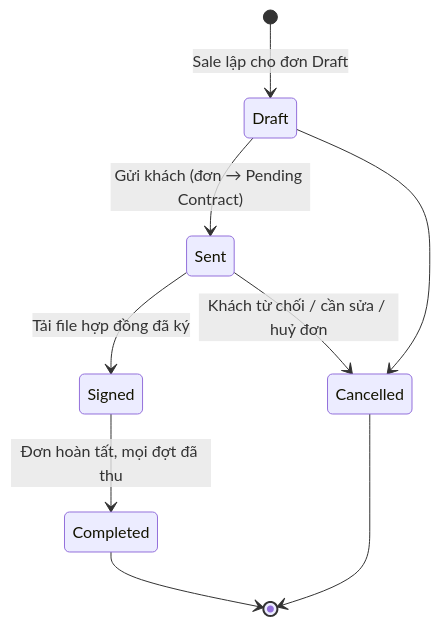
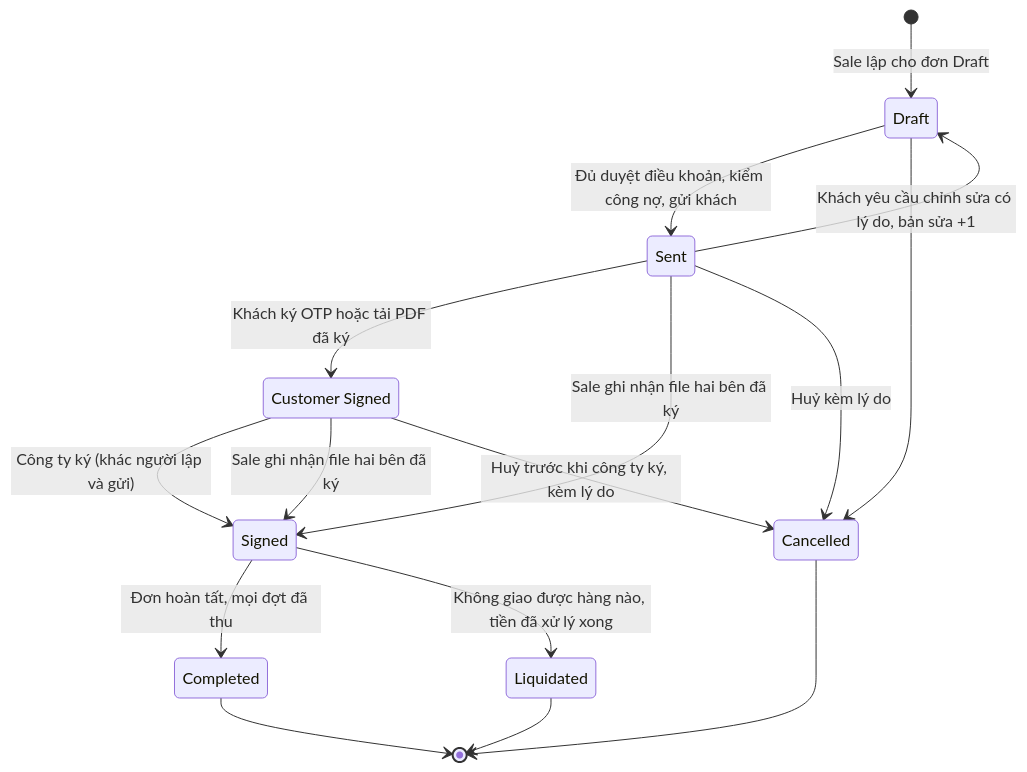
One commit to KLTN-FA26/docs changed diagram 14 of 18 in docs/diagrams/README.md. Above: the diagram before and after it, drawn with Mermaid. The commit also changed other lines of this file and 7 other files, not shown here.

First line of the commit message:
docs: hợp đồng ký điện tử trên hệ thống - khách ký OTP, công ty ký số, thương lượng và duyệt điều khoản

````diff
--- a/docs/diagrams/README.md
+++ b/docs/diagrams/README.md
@@ -673,11 +689,19 @@
 ```mermaid
 stateDiagram-v2
+    state "Customer Signed" as CustomerSigned
     [*] --> Draft: Sale lập cho đơn Draft
-    Draft --> Sent: Gửi khách (đơn → Pending Contract)
-    Sent --> Signed: Tải file hợp đồng đã ký
+    Draft --> Sent: Đủ duyệt điều khoản, kiểm công nợ, gửi khách
+    Sent --> Draft: Khách yêu cầu chỉnh sửa có lý do, bản sửa +1
+    Sent --> CustomerSigned: Khách ký OTP hoặc tải PDF đã ký
+    CustomerSigned --> Signed: Công ty ký (khác người lập và gửi)
+    Sent --> Signed: Sale ghi nhận file hai bên đã ký
+    CustomerSigned --> Signed: Sale ghi nhận file hai bên đã ký
     Signed --> Completed: Đơn hoàn tất, mọi đợt đã thu
+    Signed --> Liquidated: Không giao được hàng nào, tiền đã xử lý xong
     Draft --> Cancelled
-    Sent --> Cancelled: Khách từ chối / cần sửa / huỷ đơn
+    Sent --> Cancelled: Huỷ kèm lý do
+    CustomerSigned --> Cancelled: Huỷ trước khi công ty ký, kèm lý do
     Completed --> [*]
+    Liquidated --> [*]
     Cancelled --> [*]
 ```
````
